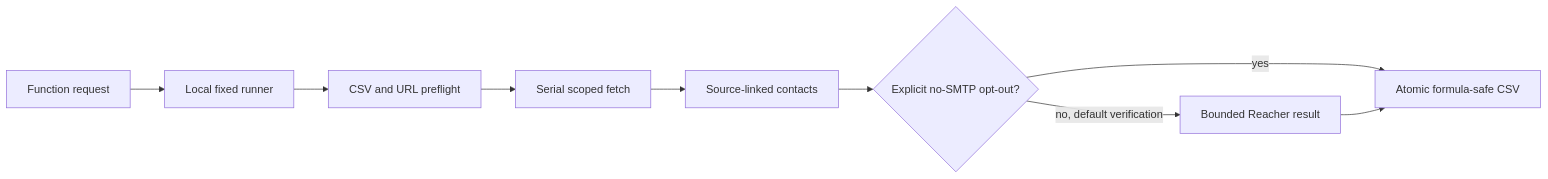
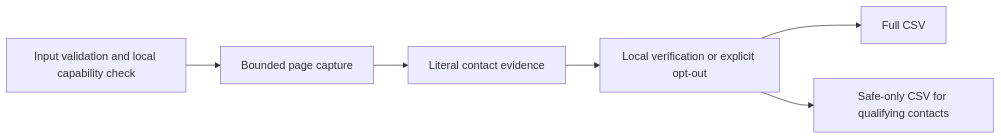
Before and after one commit to GopalGB/FridayOutreach: the diagram in README.md, drawn with Mermaid. The commit also changed other lines of this file and 13 other files, not shown here.

````diff
--- a/README.md
+++ b/README.md
@@ -113,12 +43,8 @@
 ```mermaid
 flowchart LR
-  A[Function request] --> B[Local fixed runner]
-  B --> C[CSV and URL preflight]
-  C --> D[Serial scoped fetch]
-  D --> E[Source-linked contacts]
-  F[Atomic formula-safe CSV]
-  E --> G{Explicit no-SMTP opt-out?}
-  G -->|no, default verification| H[Bounded Reacher result]
-  G -->|yes| F
-  H --> F
+  A[Input validation and local capability check] --> B[Bounded page capture]
+  B --> C[Literal contact evidence]
+  C --> D[Local verification or explicit opt-out]
+  D --> E[Full CSV]
+  D --> F[Safe-only CSV for qualifying contacts]
 ```
````
